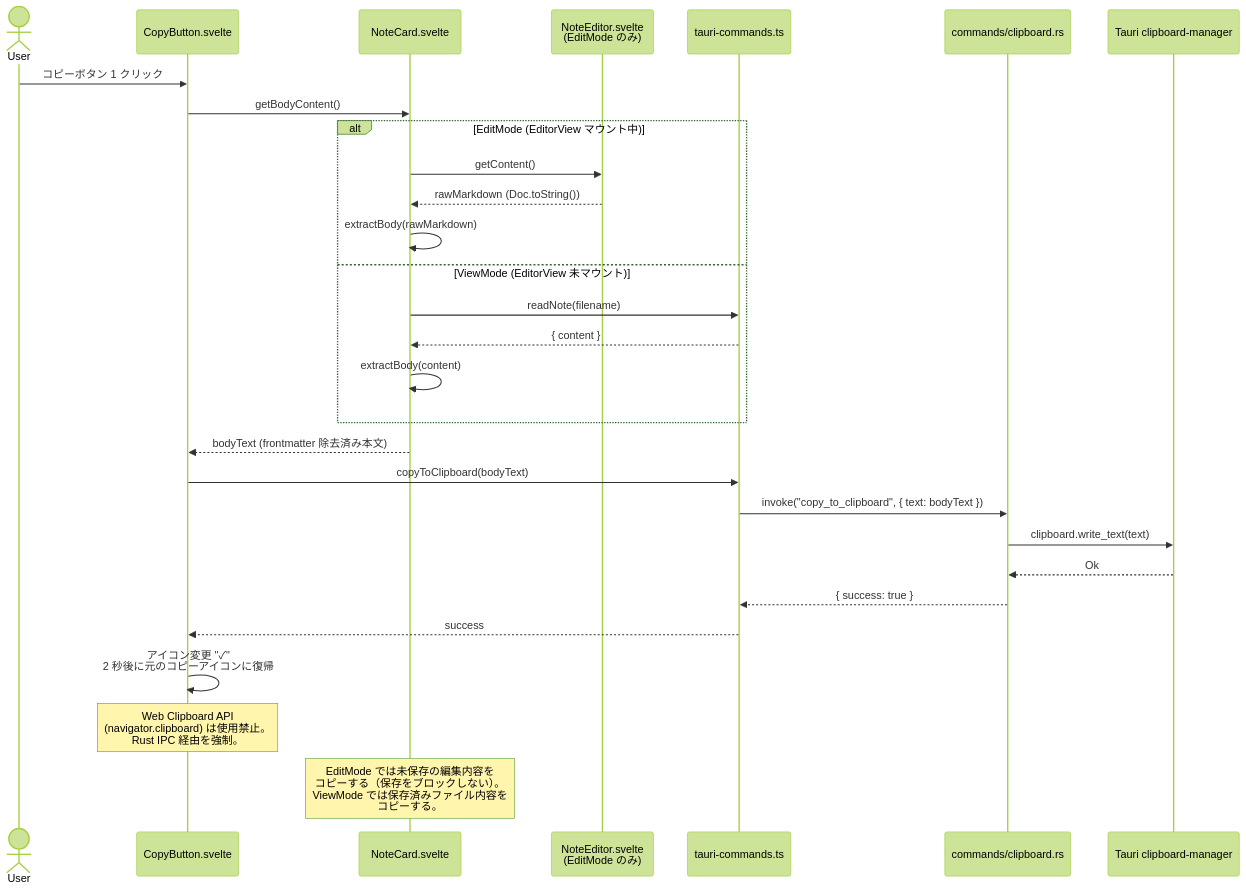
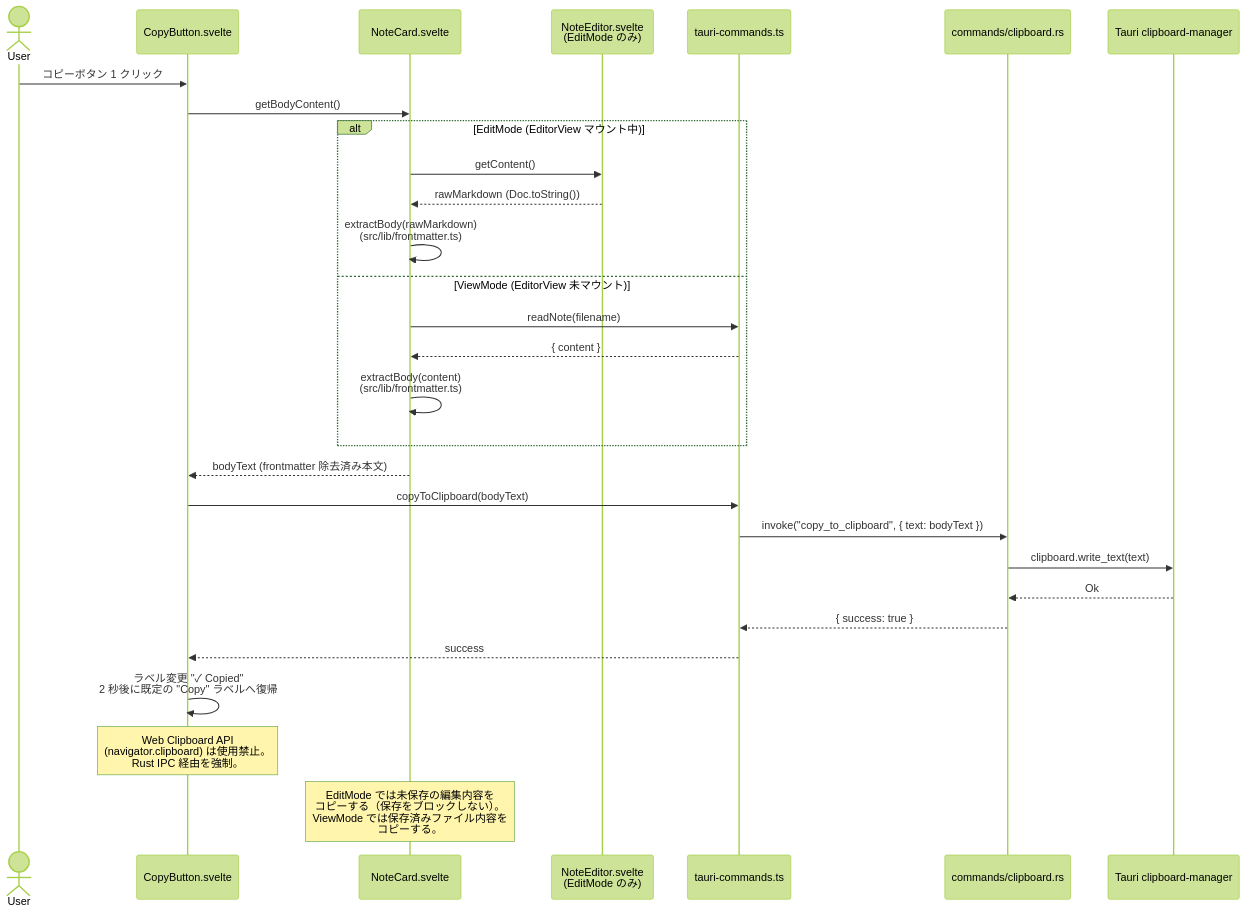
Before and after one commit to dev-komenzar/prompt-notes: the second of 4 diagrams in docs/detailed_design/editor_clipboard_design.md, drawn with Mermaid (forest theme). The commit also changed other lines of this file and 8 other files, not shown here.

````diff
--- a/docs/detailed_design/editor_clipboard_design.md
+++ b/docs/detailed_design/editor_clipboard_design.md
@@ -109,35 +109,35 @@
 ```mermaid
 sequenceDiagram
     actor User
     participant CB as CopyButton.svelte
     participant NC as NoteCard.svelte
     participant Ed as NoteEditor.svelte<br/>(EditMode のみ)
     participant TC as tauri-commands.ts
     participant CmdClip as commands/clipboard.rs
     participant ClipPlugin as Tauri clipboard-manager
 
     User->>CB: コピーボタン 1 クリック
     CB->>NC: getBodyContent()
 
     alt EditMode (EditorView マウント中)
         NC->>Ed: getContent()
         Ed-->>NC: rawMarkdown (Doc.toString())
-        NC->>NC: extractBody(rawMarkdown)
+        NC->>NC: extractBody(rawMarkdown)<br/>(src/lib/frontmatter.ts)
     else ViewMode (EditorView 未マウント)
         NC->>TC: readNote(filename)
         TC-->>NC: { content }
-        NC->>NC: extractBody(content)
+        NC->>NC: extractBody(content)<br/>(src/lib/frontmatter.ts)
     end
 
     NC-->>CB: bodyText (frontmatter 除去済み本文)
     CB->>TC: copyToClipboard(bodyText)
     TC->>CmdClip: invoke("copy_to_clipboard", { text: bodyText })
     CmdClip->>ClipPlugin: clipboard.write_text(text)
     ClipPlugin-->>CmdClip: Ok
     CmdClip-->>TC: { success: true }
     TC-->>CB: success
-    CB->>CB: アイコン変更 "✓"<br/>2 秒後に元のコピーアイコンに復帰
+    CB->>CB: ラベル変更 "✓ Copied"<br/>2 秒後に既定の "Copy" ラベルへ復帰
 
     Note over CB: Web Clipboard API<br/>(navigator.clipboard) は使用禁止。<br/>Rust IPC 経由を強制。
     Note over NC: EditMode では未保存の編集内容を<br/>コピーする（保存をブロックしない）。<br/>ViewMode では保存済みファイル内容を<br/>コピーする。
 ```
````
